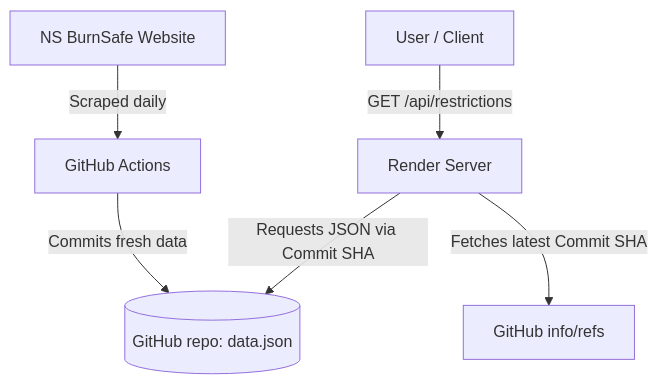
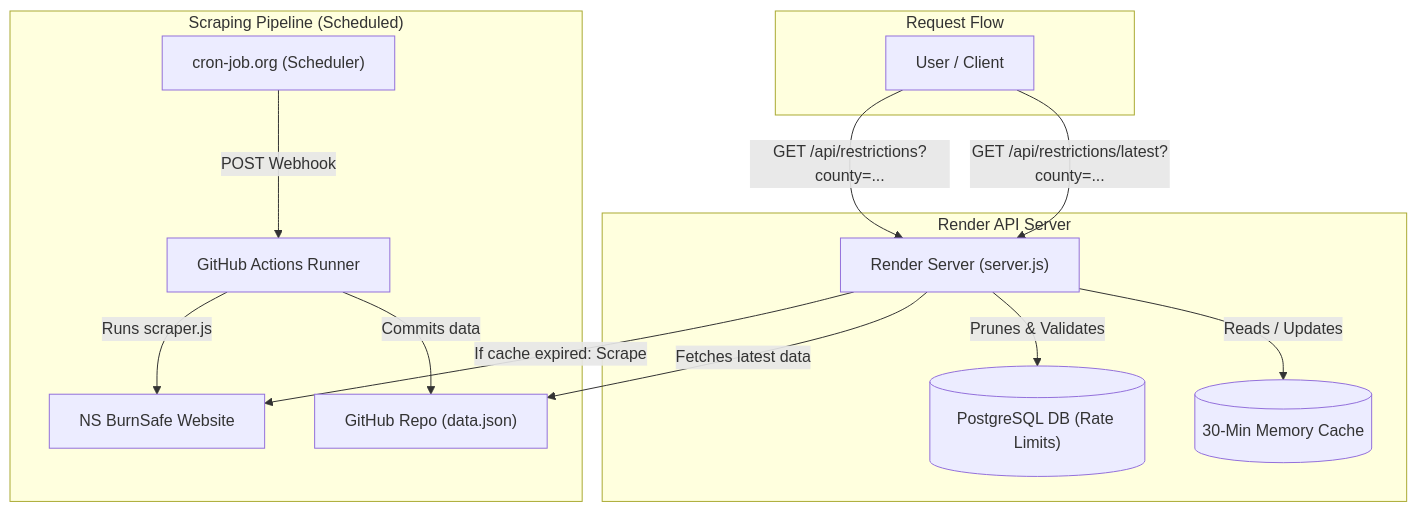
The diagram in README.md (ShayneMcNeil/nsburn-api), drawn with Mermaid before and after one commit. The commit also changed other lines of this file and 2 other files, not shown here.

Commit message:
Implement county query filtering, 30-min cache, update Mermaid diagram, and firefighter support docs

````diff
--- a/README.md
+++ b/README.md
@@ -16,8 +16,27 @@
 ```mermaid
-graph TD
-    A[NS BurnSafe Website] -->|Scraped daily| B[GitHub Actions]
-    B -->|Commits fresh data| C[(GitHub repo: data.json)]
-    D[Render Server] -->|Fetches latest Commit SHA| E[GitHub info/refs]
-    D -->|Requests JSON via Commit SHA| C
-    F[User / Client] -->|GET /api/restrictions| D
+flowchart TD
+    subgraph Scraping_Pipeline ["Scraping Pipeline (Scheduled)"]
+        Cron["cron-job.org (Scheduler)"] -->|POST Webhook| GHA["GitHub Actions Runner"]
+        GHA -->|Runs scraper.js| Gov["NS BurnSafe Website"]
+        GHA -->|Commits data| Repo["GitHub Repo (data.json)"]
+    end
+
+    subgraph Render_API ["Render API Server"]
+        Render["Render Server (server.js)"]
+        DB[("PostgreSQL DB (Rate Limits)")]
+        Cache[("30-Min Memory Cache")]
+        
+        Render -->|Prunes & Validates| DB
+        Render -->|Reads / Updates| Cache
+    end
+
+    subgraph Request_Flow ["Request Flow"]
+        Client["User / Client"]
+        
+        Client -->|GET /api/restrictions?county=...| Render
+        Render -->|Fetches latest data| Repo
+        
+        Client -->|GET /api/restrictions/latest?county=...| Render
+        Render -->|If cache expired: Scrape| Gov
+    end
 ```
````
